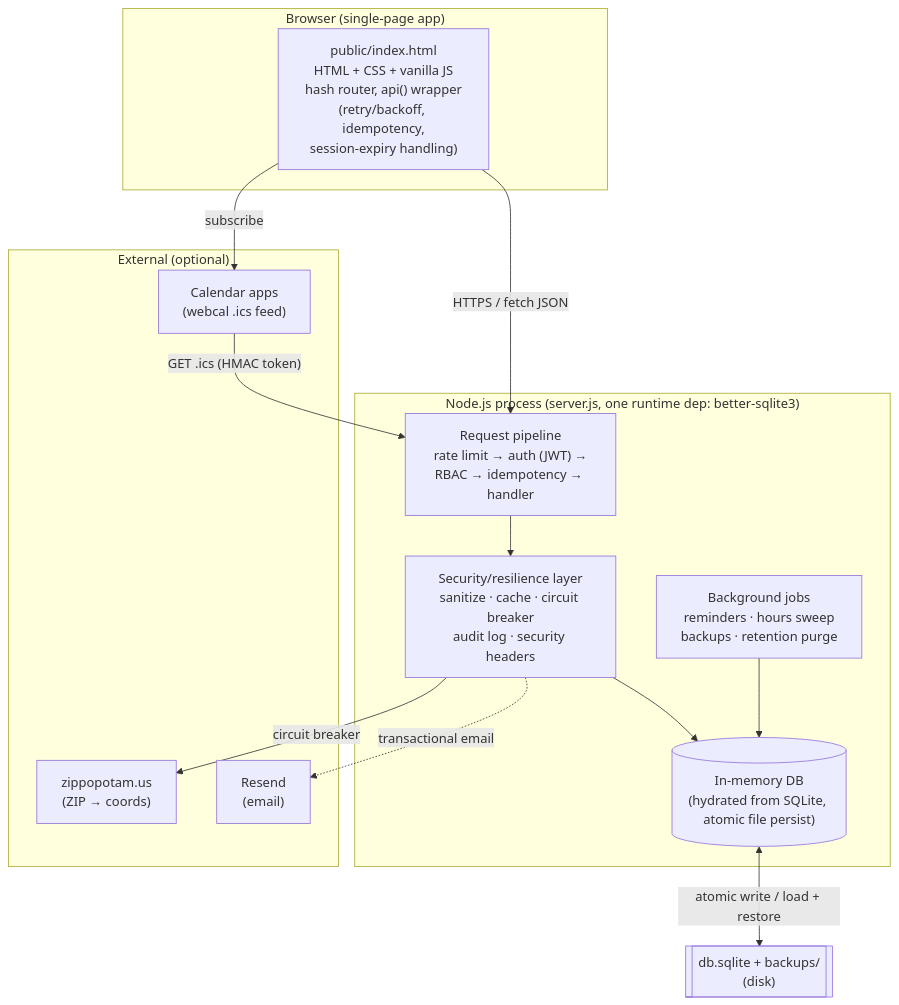
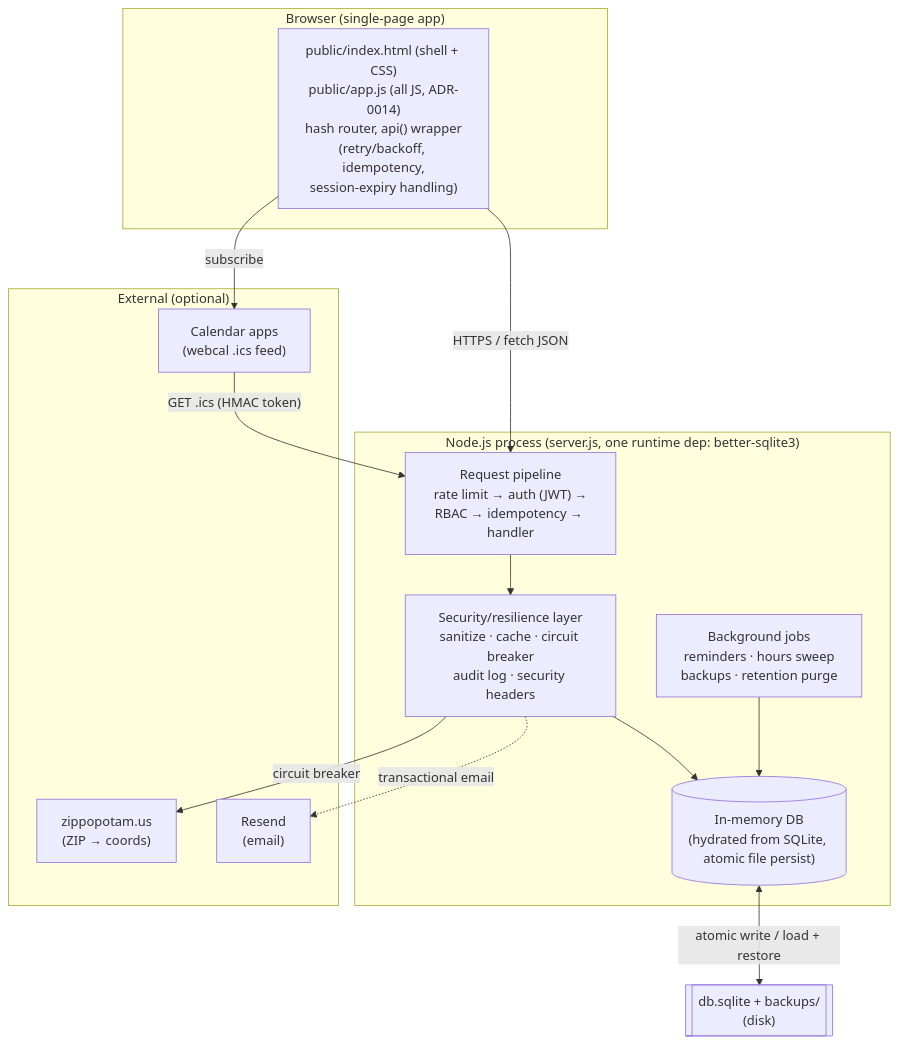
Before and after one commit to Evan-Daruwalla/ServeLocal: the diagram in docs/architecture.md, drawn with Mermaid. The commit also changed other lines of this file and 12 other files, not shown here.

````diff
--- a/docs/architecture.md
+++ b/docs/architecture.md
@@ -8,30 +8,30 @@
 ```mermaid
 flowchart TB
   subgraph Client["Browser (single-page app)"]
-    SPA["public/index.html<br/>HTML + CSS + vanilla JS<br/>hash router, api() wrapper<br/>(retry/backoff, idempotency,<br/>session-expiry handling)"]
+    SPA["public/index.html (shell + CSS)<br/>public/app.js (all JS, ADR-0014)<br/>hash router, api() wrapper<br/>(retry/backoff, idempotency,<br/>session-expiry handling)"]
   end
 
   subgraph Server["Node.js process (server.js, one runtime dep: better-sqlite3)"]
     MW["Request pipeline<br/>rate limit → auth (JWT) →<br/>RBAC → idempotency → handler"]
     SEC["Security/resilience layer<br/>sanitize · cache · circuit breaker<br/>audit log · security headers"]
     JOBS["Background jobs<br/>reminders · hours sweep<br/>backups · retention purge"]
     DB[("In-memory DB<br/>(hydrated from SQLite, atomic file persist)")]
   end
 
   subgraph Ext["External (optional)"]
     ZIP["zippopotam.us<br/>(ZIP → coords)"]
     RESEND["Resend<br/>(email)"]
     CAL["Calendar apps<br/>(webcal .ics feed)"]
   end
 
   FS[["db.sqlite + backups/<br/>(disk)"]]
 
   SPA -->|"HTTPS / fetch JSON"| MW
   MW --> SEC --> DB
   DB <-->|"atomic write / load + restore"| FS
   SEC -->|"circuit breaker"| ZIP
   SEC -.->|"transactional email"| RESEND
   SPA -->|"subscribe"| CAL
   CAL -->|"GET .ics (HMAC token)"| MW
   JOBS --> DB
 ```
````
